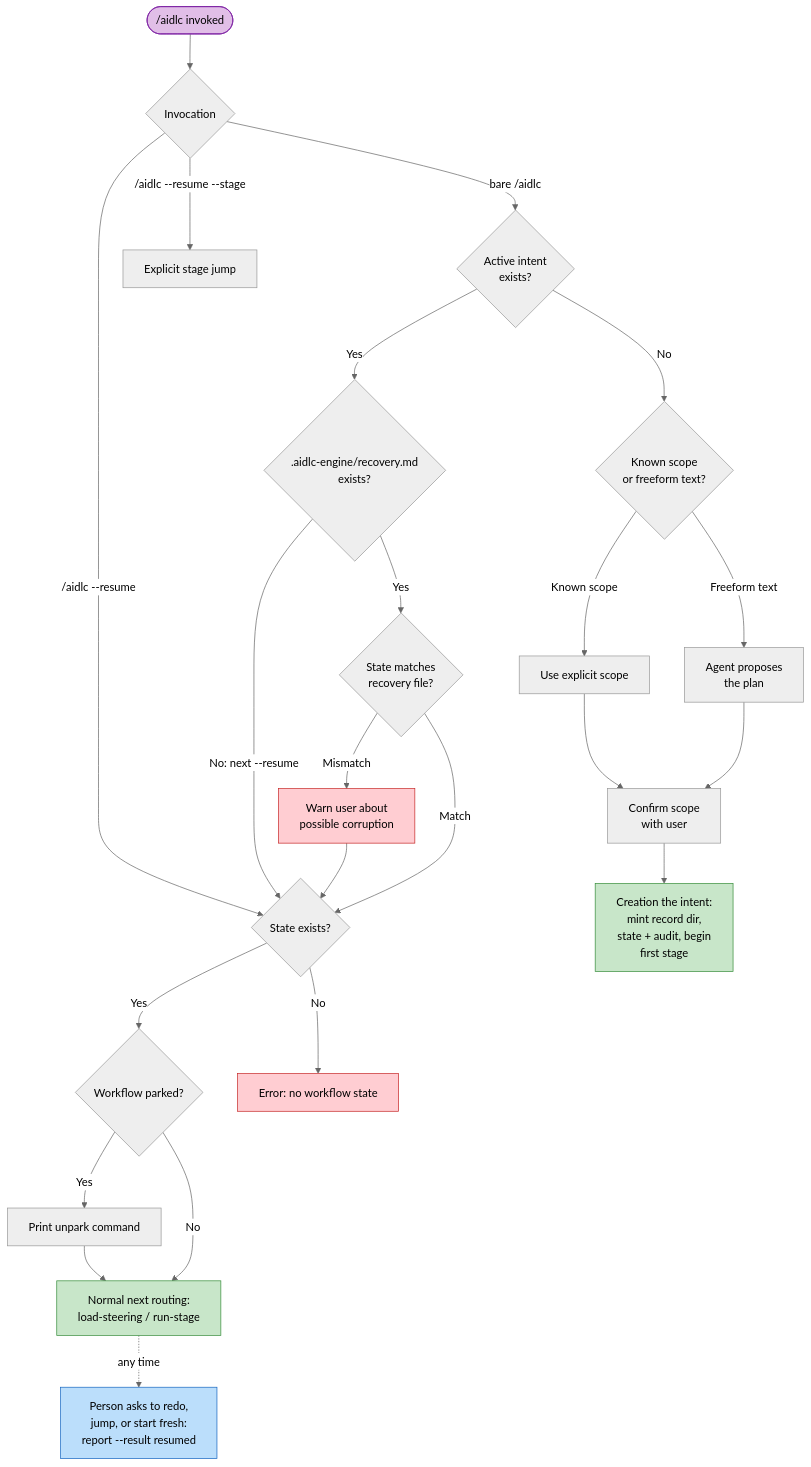
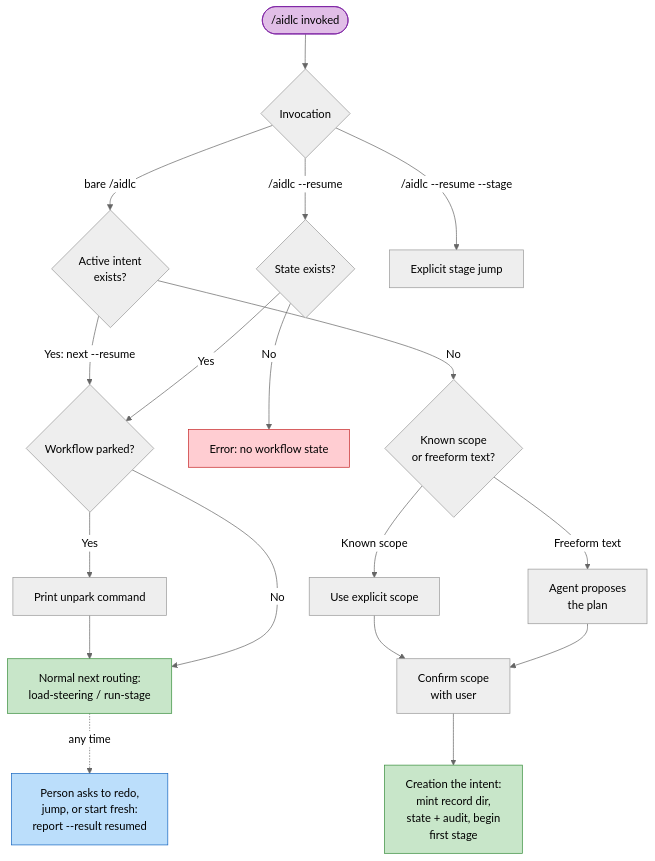
Before and after one commit to awslabs/aidlc-workflows: the first of 4 diagrams in docs/reference/03-orchestrator.md, drawn with Mermaid (neutral theme). The commit also changed other lines of this file and 23 other files, not shown here.

````diff
--- a/docs/reference/03-orchestrator.md
+++ b/docs/reference/03-orchestrator.md
@@ -235,51 +234,42 @@
 ```mermaid
 flowchart TD
     START(["/aidlc invoked"])
     MODE{"Invocation"}
     STATE_EXISTS{"Active intent\nexists?"}
-    RECOVERY_CHECK{".aidlc-engine/recovery.md\nexists?"}
-    CORRUPTION{"State matches\nrecovery file?"}
-    WARN["Warn user about\npossible corruption"]
     RESUME_STATE{"State exists?"}
     PARKED{"Workflow parked?"}
     UNPARK["Print unpark command"]
     CONTINUE["Normal next routing:\nload-steering / run-stage"]
     OTHER["Person asks to redo,\njump, or start fresh:\nreport --result resumed"]
     JUMP["Explicit stage jump"]
     NO_STATE["Error: no workflow state"]
     SCOPE_DETECT{"Known scope\nor freeform text?"}
     KNOWN_SCOPE["Use explicit scope"]
     FREEFORM["Agent proposes\nthe plan"]
     CONFIRM_SCOPE["Confirm scope\nwith user"]
     CREATE["Creation the intent:\nmint record dir,\nstate + audit, begin\nfirst stage"]
 
     START --> MODE
     MODE -->|"bare /aidlc"| STATE_EXISTS
     MODE -->|"/aidlc --resume"| RESUME_STATE
     MODE -->|"/aidlc --resume --stage"| JUMP
 
-    STATE_EXISTS -->|Yes| RECOVERY_CHECK
+    STATE_EXISTS -->|"Yes: next --resume"| PARKED
     STATE_EXISTS -->|No| SCOPE_DETECT
-
-    RECOVERY_CHECK -->|"Yes"| CORRUPTION
-    RECOVERY_CHECK -->|"No: next --resume"| RESUME_STATE
-    CORRUPTION -->|Mismatch| WARN --> RESUME_STATE
-    CORRUPTION -->|Match| RESUME_STATE
 
     RESUME_STATE -->|No| NO_STATE
     RESUME_STATE -->|Yes| PARKED
     PARKED -->|Yes| UNPARK --> CONTINUE
     PARKED -->|No| CONTINUE
     CONTINUE -.->|"any time"| OTHER
 
     SCOPE_DETECT -->|"Known scope"| KNOWN_SCOPE --> CONFIRM_SCOPE
     SCOPE_DETECT -->|"Freeform text"| FREEFORM --> CONFIRM_SCOPE
     CONFIRM_SCOPE --> CREATE
 
     style START fill:#e1bee7,stroke:#7b1fa2,color:#000
     style OTHER fill:#bbdefb,stroke:#1565c0,color:#000
     style CONTINUE fill:#c8e6c9,stroke:#388e3c,color:#000
     style CREATE fill:#c8e6c9,stroke:#388e3c,color:#000
-    style WARN fill:#ffcdd2,stroke:#c62828,color:#000
     style NO_STATE fill:#ffcdd2,stroke:#c62828,color:#000
 ```
````
